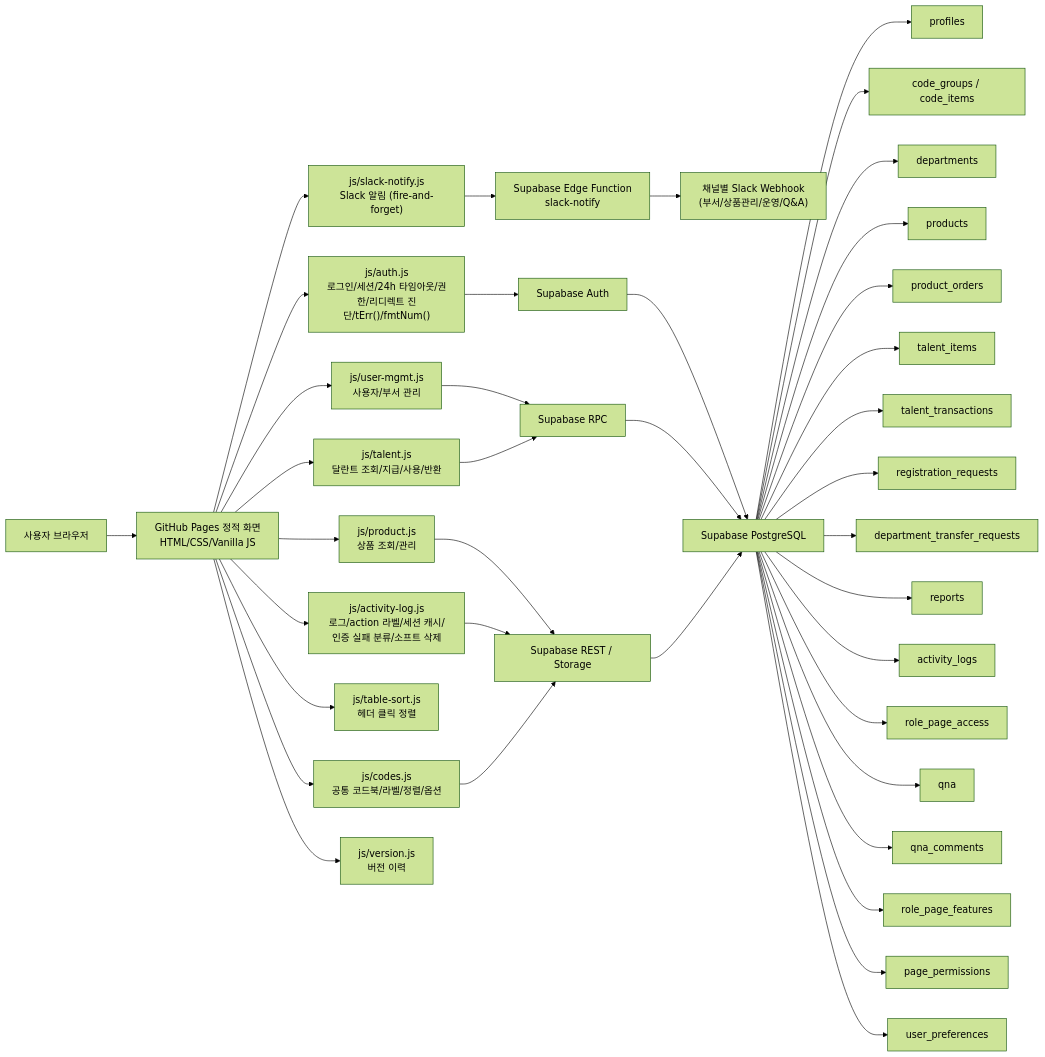
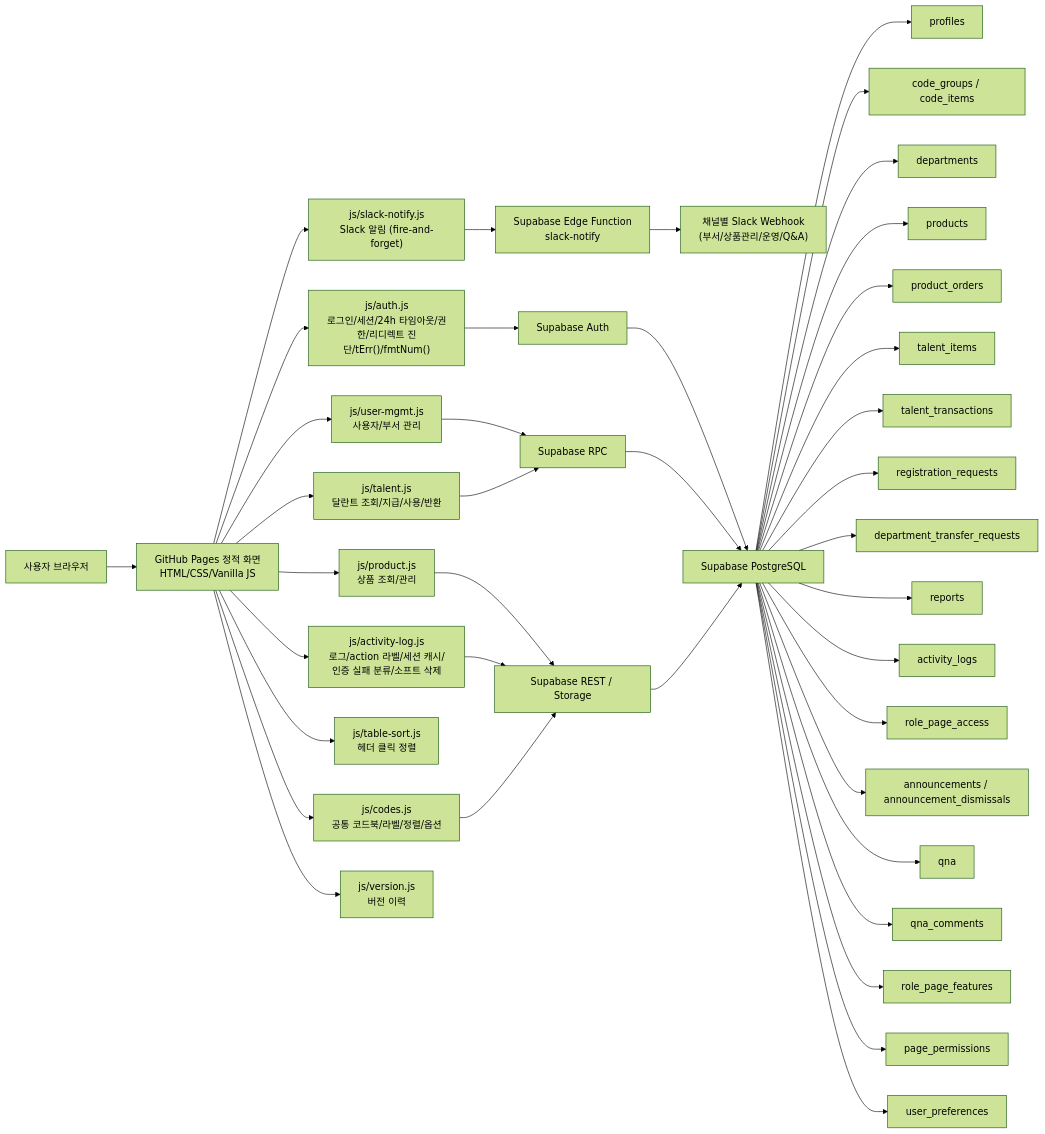
The first of 16 diagrams in docs/PROJECT_ARCHITECTURE_FLOW.md (CHO-Talents-Test/CHO-Talents-Test), drawn with Mermaid (forest theme) before and after one commit. The commit also changed other lines of this file and 51 other files, not shown here.

````diff
--- a/docs/PROJECT_ARCHITECTURE_FLOW.md
+++ b/docs/PROJECT_ARCHITECTURE_FLOW.md
@@ -26,46 +27,47 @@
 ```mermaid
 flowchart LR
   User["사용자 브라우저"] --> Pages["GitHub Pages 정적 화면<br/>HTML/CSS/Vanilla JS"]
 
   Pages --> AuthJS["js/auth.js<br/>로그인/세션/24h 타임아웃/권한/리디렉트 진단/tErr()/fmtNum()"]
   Pages --> LogJS["js/activity-log.js<br/>로그/action 라벨/세션 캐시/인증 실패 분류/소프트 삭제"]
   Pages --> CodesJS["js/codes.js<br/>공통 코드북/라벨/정렬/옵션"]
   Pages --> UserMgmt["js/user-mgmt.js<br/>사용자/부서 관리"]
   Pages --> TalentJS["js/talent.js<br/>달란트 조회/지급/사용/반환"]
   Pages --> ProductJS["js/product.js<br/>상품 조회/관리"]
   Pages --> TableSortJS["js/table-sort.js<br/>헤더 클릭 정렬"]
   Pages --> SlackJS["js/slack-notify.js<br/>Slack 알림 (fire-and-forget)"]
   Pages --> VersionJS["js/version.js<br/>버전 이력"]
 
   SlackJS --> EdgeFn["Supabase Edge Function<br/>slack-notify"]
   EdgeFn --> Slack["채널별 Slack Webhook<br/>(부서/상품관리/운영/Q&A)"]
 
   AuthJS --> Auth["Supabase Auth"]
   UserMgmt --> RPC["Supabase RPC"]
   TalentJS --> RPC
   ProductJS --> Rest["Supabase REST / Storage"]
   LogJS --> Rest
   CodesJS --> Rest
 
   Auth --> DB["Supabase PostgreSQL"]
   RPC --> DB
   Rest --> DB
 
   DB --> Profiles["profiles"]
   DB --> Codes["code_groups / code_items"]
   DB --> Departments["departments"]
   DB --> Products["products"]
   DB --> Orders["product_orders"]
   DB --> Items["talent_items"]
   DB --> Transactions["talent_transactions"]
   DB --> Requests["registration_requests"]
   DB --> Transfers["department_transfer_requests"]
   DB --> Reports["reports"]
   DB --> Logs["activity_logs"]
   DB --> RoleAccess["role_page_access"]
+  DB --> Announcements["announcements / announcement_dismissals"]
   DB --> QnA["qna"]
   DB --> QnAComments["qna_comments"]
   DB --> RoleFeatures["role_page_features"]
   DB --> PagePerms["page_permissions"]
   DB --> UserPrefs["user_preferences"]
 ```
````
